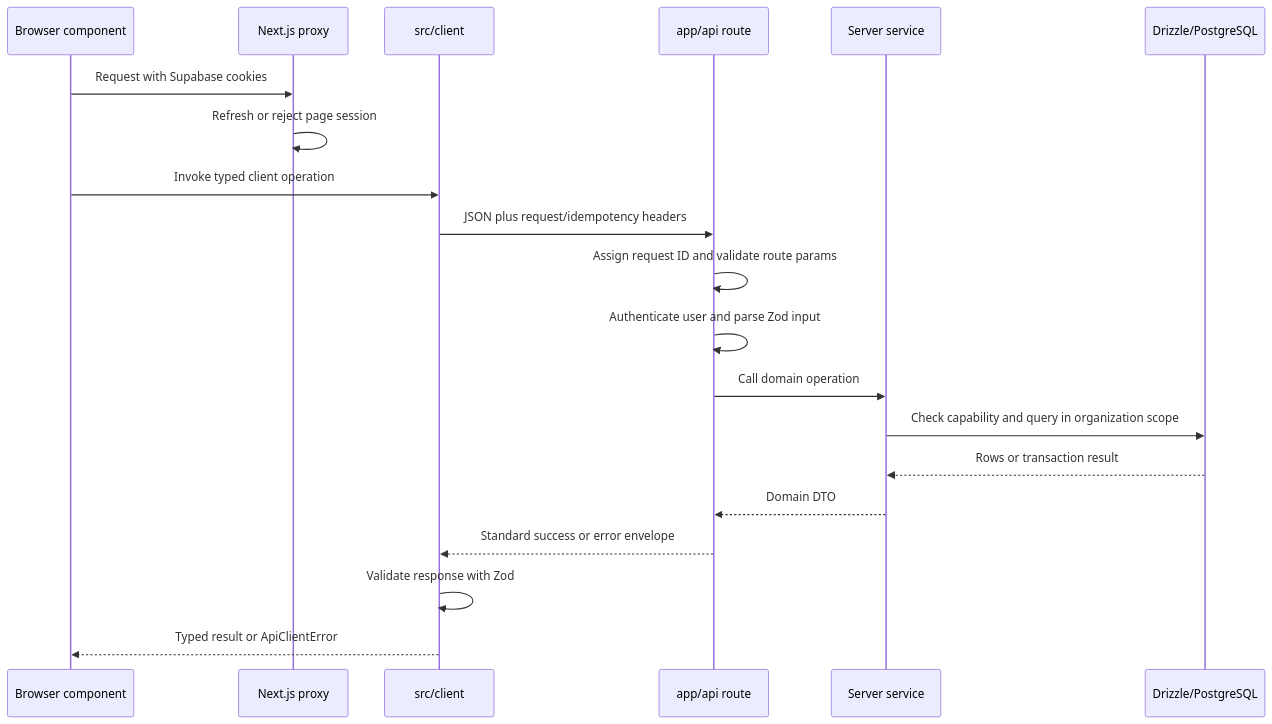
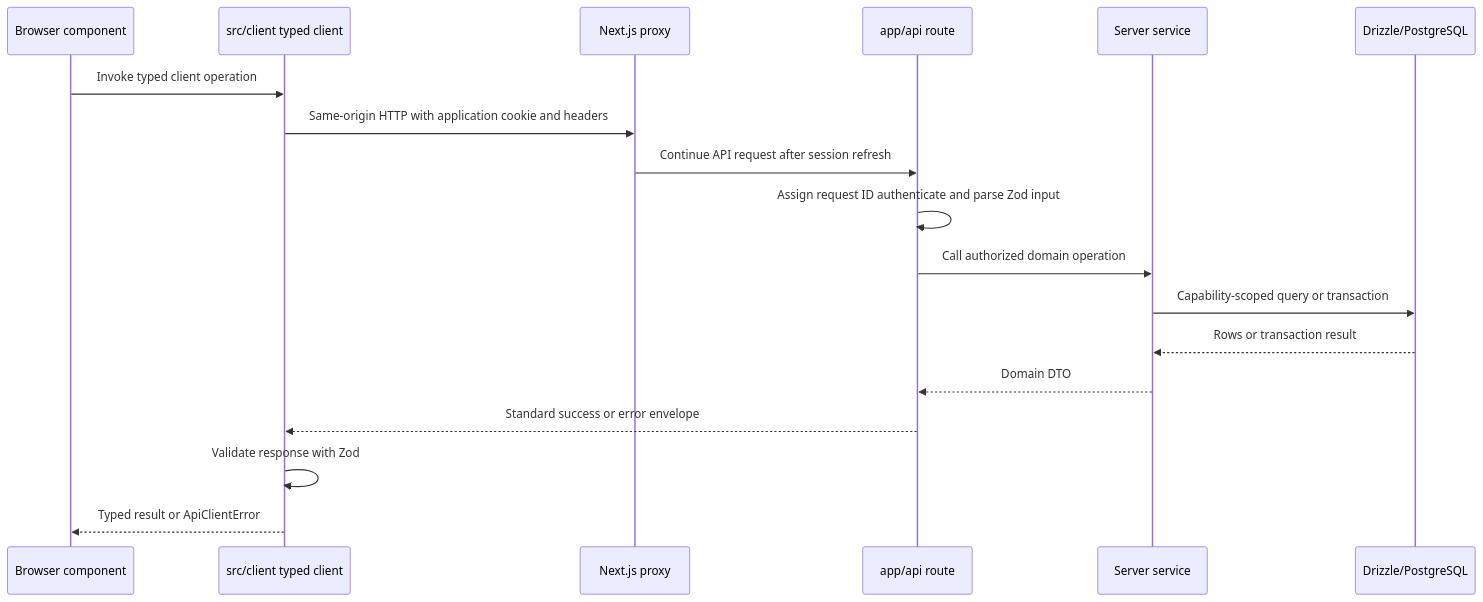
Before and after one commit to nxkolas/compliance: the second of 3 diagrams in my-app/docs/architecture/system-overview.md, drawn with Mermaid. The commit also changed other lines of this file and 22 other files, not shown here.

````diff
--- a/my-app/docs/architecture/system-overview.md
+++ b/my-app/docs/architecture/system-overview.md
@@ -92,23 +82,21 @@
 ```mermaid
 sequenceDiagram
     participant B as Browser component
+    participant C as src/client typed client
     participant P as Next.js proxy
-    participant C as src/client
     participant R as app/api route
     participant S as Server service
     participant D as Drizzle/PostgreSQL
 
-    B->>P: Request with Supabase cookies
-    P->>P: Refresh or reject page session
     B->>C: Invoke typed client operation
-    C->>R: JSON plus request/idempotency headers
-    R->>R: Assign request ID and validate route params
-    R->>R: Authenticate user and parse Zod input
-    R->>S: Call domain operation
-    S->>D: Check capability and query in organization scope
+    C->>P: Same-origin HTTP with application cookie and headers
+    P->>R: Continue API request after session refresh
+    R->>R: Assign request ID authenticate and parse Zod input
+    R->>S: Call authorized domain operation
+    S->>D: Capability-scoped query or transaction
     D-->>S: Rows or transaction result
     S-->>R: Domain DTO
     R-->>C: Standard success or error envelope
     C->>C: Validate response with Zod
     C-->>B: Typed result or ApiClientError
 ```
````
